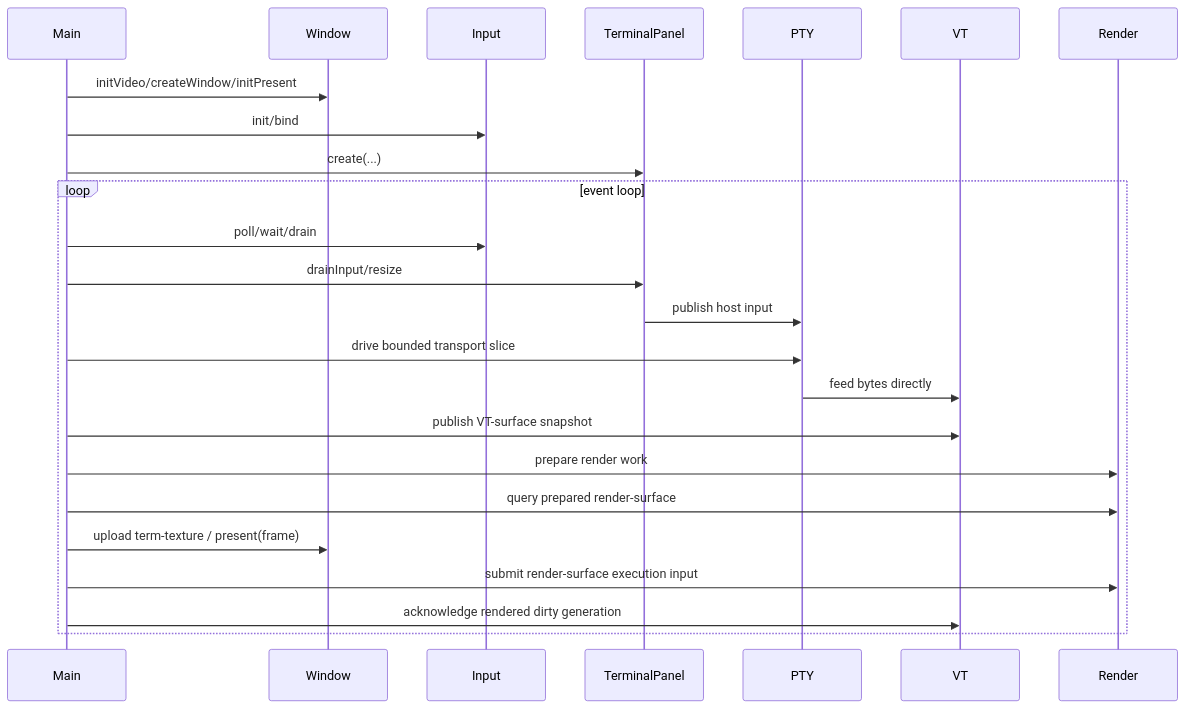
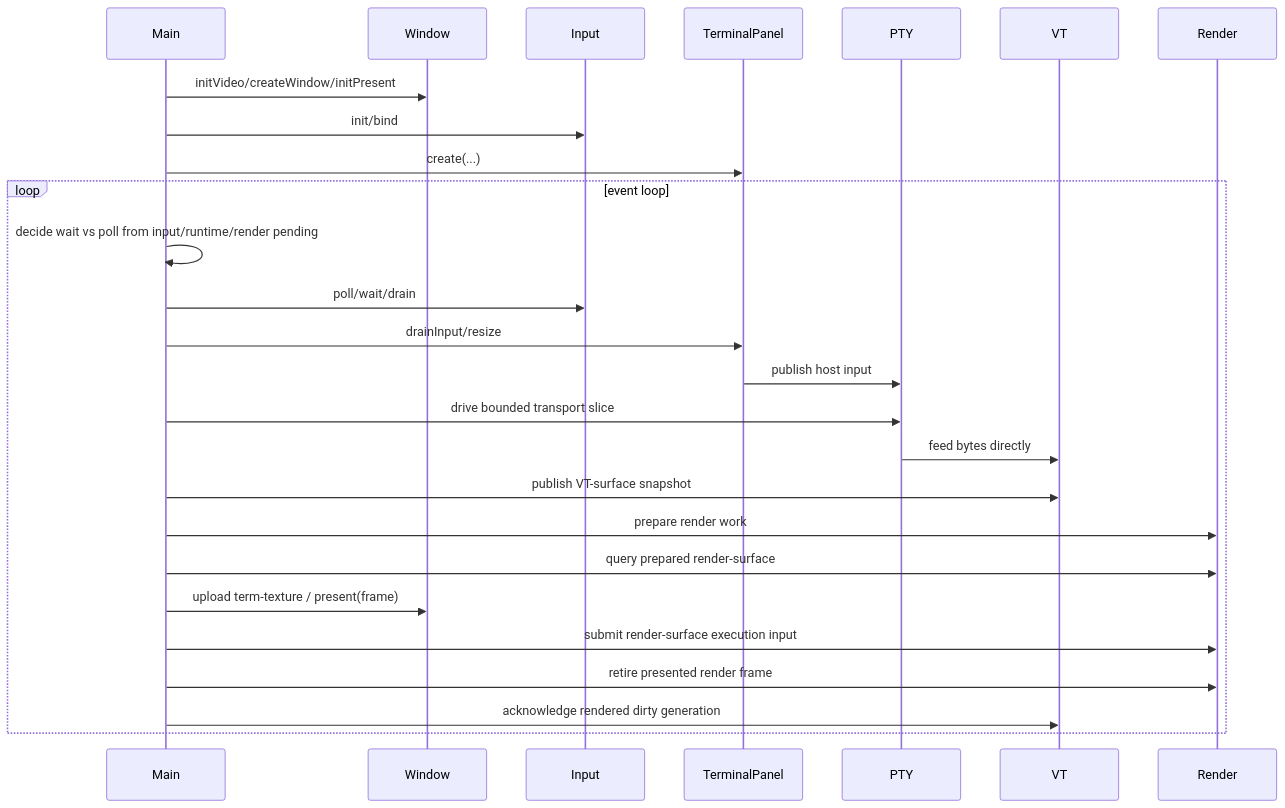
One commit to LaurenceGuws/howl-linux-host changed the third of 3 diagrams in design.md. Above: the diagram before and after it, drawn with Mermaid. The commit also changed other lines of this file and 4 other files, not shown here.

````diff
--- a/design.md
+++ b/design.md
@@ -96,27 +96,29 @@
 ```mermaid
 sequenceDiagram
     participant Main
     participant W as Window
     participant I as Input
     participant T as TerminalPanel
     participant P as PTY
     participant V as VT
     participant R as Render
 
     Main->>W: initVideo/createWindow/initPresent
     Main->>I: init/bind
     Main->>T: create(...)
     loop event loop
+        Main->>Main: decide wait vs poll from input/runtime/render pending
         Main->>I: poll/wait/drain
         Main->>T: drainInput/resize
         T->>P: publish host input
         Main->>P: drive bounded transport slice
         P->>V: feed bytes directly
         Main->>V: publish VT-surface snapshot
         Main->>R: prepare render work
         Main->>R: query prepared render-surface
         Main->>W: upload term-texture / present(frame)
         Main->>R: submit render-surface execution input
+        Main->>R: retire presented render frame
         Main->>V: acknowledge rendered dirty generation
     end
 ```
````
